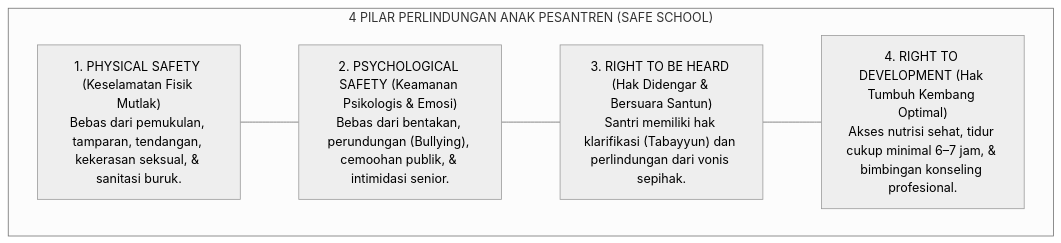
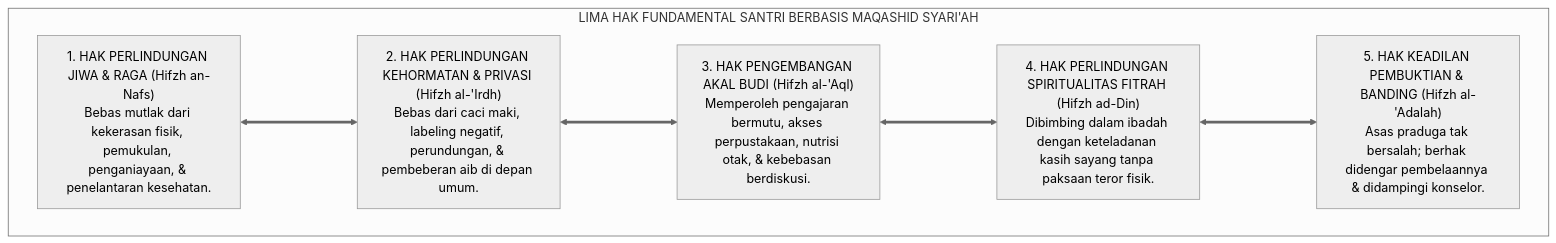
One commit to wandiapriliyandi/tumbuh changed the second of 4 diagrams in 01 Philosophy/02 Human Nature/P1-02-06-Kemuliaan-Bani-Adam-dan-Hak-Asasi-Santri.md. Above: the diagram before and after it, drawn with Mermaid (neutral theme). The commit also changed other lines of this file and 6 other files, not shown here.

````diff
--- a/01 Philosophy/02 Human Nature/P1-02-06-Kemuliaan-Bani-Adam-dan-Hak-Asasi-Santri.md
+++ b/01 Philosophy/02 Human Nature/P1-02-06-Kemuliaan-Bani-Adam-dan-Hak-Asasi-Santri.md
@@ -103,14 +118,17 @@
 ```mermaid
-graph TD
-    subgraph EmpatPilarChildSafeguardingTUMBUH["4 PILAR PERLINDUNGAN ANAK PESANTREN (SAFE SCHOOL)"]
-        P1["1. PHYSICAL SAFETY (Keselamatan Fisik Mutlak)<br/>Bebas dari pemukulan, tamparan, tendangan, kekerasan seksual, & sanitasi buruk."]
+flowchart TD
+    subgraph PiagamHakSantriTUMBUH["LIMA HAK FUNDAMENTAL SANTRI BERBASIS MAQASHID SYARI'AH"]
         
-        P2["2. PSYCHOLOGICAL SAFETY (Keamanan Psikologis & Emosi)<br/>Bebas dari bentakan, perundungan (Bullying), cemoohan publik, & intimidasi senior."]
+        H1["1. HAK PERLINDUNGAN JIWA & RAGA (Hifzh an-Nafs)<br/>Bebas mutlak dari kekerasan fisik, pemukulan, penganiayaan, & penelantaran kesehatan."]
         
-        P3["3. RIGHT TO BE HEARD (Hak Didengar & Bersuara Santun)<br/>Santri memiliki hak klarifikasi (Tabayyun) dan perlindungan dari vonis sepihak."]
+        H2["2. HAK PERLINDUNGAN KEHORMATAN & PRIVASI (Hifzh al-'Irdh)<br/>Bebas dari caci maki, labeling negatif, perundungan, & pembeberan aib di depan umum."]
         
-        P4["4. RIGHT TO DEVELOPMENT (Hak Tumbuh Kembang Optimal)<br/>Akses nutrisi sehat, tidur cukup minimal 6–7 jam, & bimbingan konseling profesional."]
+        H3["3. HAK PENGEMBANGAN AKAL BUDI (Hifzh al-'Aql)<br/>Memperoleh pengajaran bermutu, akses perpustakaan, nutrisi otak, & kebebasan berdiskusi."]
         
-        P1 --- P2 --- P3 --- P4
+        H4["4. HAK PERLINDUNGAN SPIRITUALITAS FITRAH (Hifzh ad-Din)<br/>Dibimbing dalam ibadah dengan keteladanan kasih sayang tanpa paksaan teror fisik."]
+        
+        H5["5. HAK KEADILAN PEMBUKTIAN & BANDING (Hifzh al-'Adalah)<br/>Asas praduga tak bersalah; berhak didengar pembelaannya & didampingi konselor."]
+        
+        H1 <===> H2 <===> H3 <===> H4 <===> H5
     end
 ```
````
